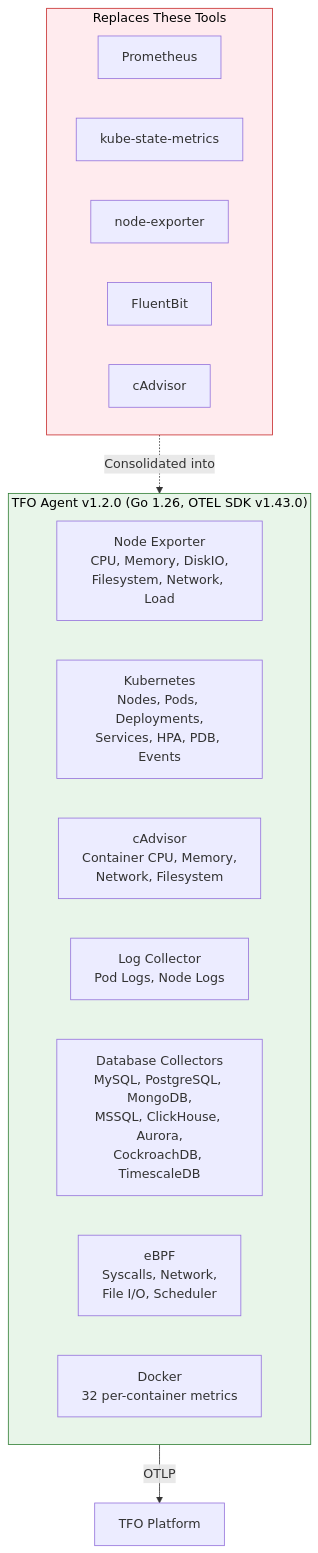
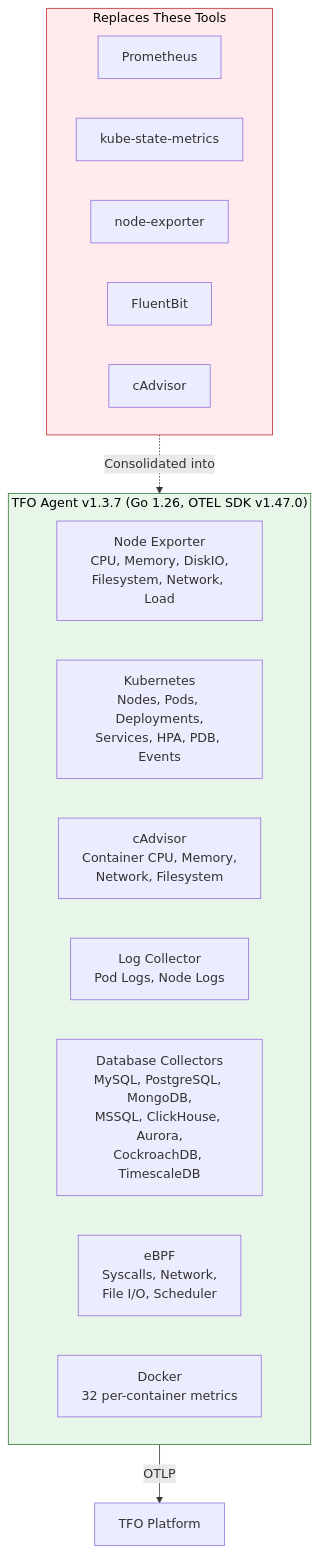
The second of 12 diagrams in README.md (telemetryflow/telemetryflow-overview), drawn with Mermaid before and after one commit. The commit also changed other lines of this file and 11 other files, not shown here.

First line of the commit message:
docs: update component versions to latest (agent/collector/platform/OTel)

````diff
--- a/README.md
+++ b/README.md
@@ -267,26 +267,26 @@
 ```mermaid
 graph TB
     subgraph Replaced["Replaces These Tools"]
         PROM["Prometheus"]
         KSM["kube-state-metrics"]
         NE["node-exporter"]
         FB["FluentBit"]
         CAD["cAdvisor"]
     end
 
-    subgraph Agent["TFO Agent v1.2.0 (Go 1.26, OTEL SDK v1.43.0)"]
+    subgraph Agent["TFO Agent v1.3.7 (Go 1.26, OTEL SDK v1.47.0)"]
         NE_MOD["Node Exporter<br/>CPU, Memory, DiskIO,<br/>Filesystem, Network, Load"]
         K8S_MOD["Kubernetes<br/>Nodes, Pods, Deployments,<br/>Services, HPA, PDB, Events"]
         CAD_MOD["cAdvisor<br/>Container CPU, Memory,<br/>Network, Filesystem"]
         LOG_MOD["Log Collector<br/>Pod Logs, Node Logs"]
         DB_MOD["Database Collectors<br/>MySQL, PostgreSQL, MongoDB,<br/>MSSQL, ClickHouse, Aurora,<br/>CockroachDB, TimescaleDB"]
         EBPF_MOD["eBPF<br/>Syscalls, Network,<br/>File I/O, Scheduler"]
         DOCKER_MOD["Docker<br/>32 per-container metrics"]
     end
 
     Replaced -.->|"Consolidated into"| Agent
     Agent -->|"OTLP"| PLATFORM["TFO Platform"]
 
     style Replaced fill:#ffebee,stroke:#c62828,color:#000
     style Agent fill:#e8f5e9,stroke:#2e7d32,color:#000
 ```
````
